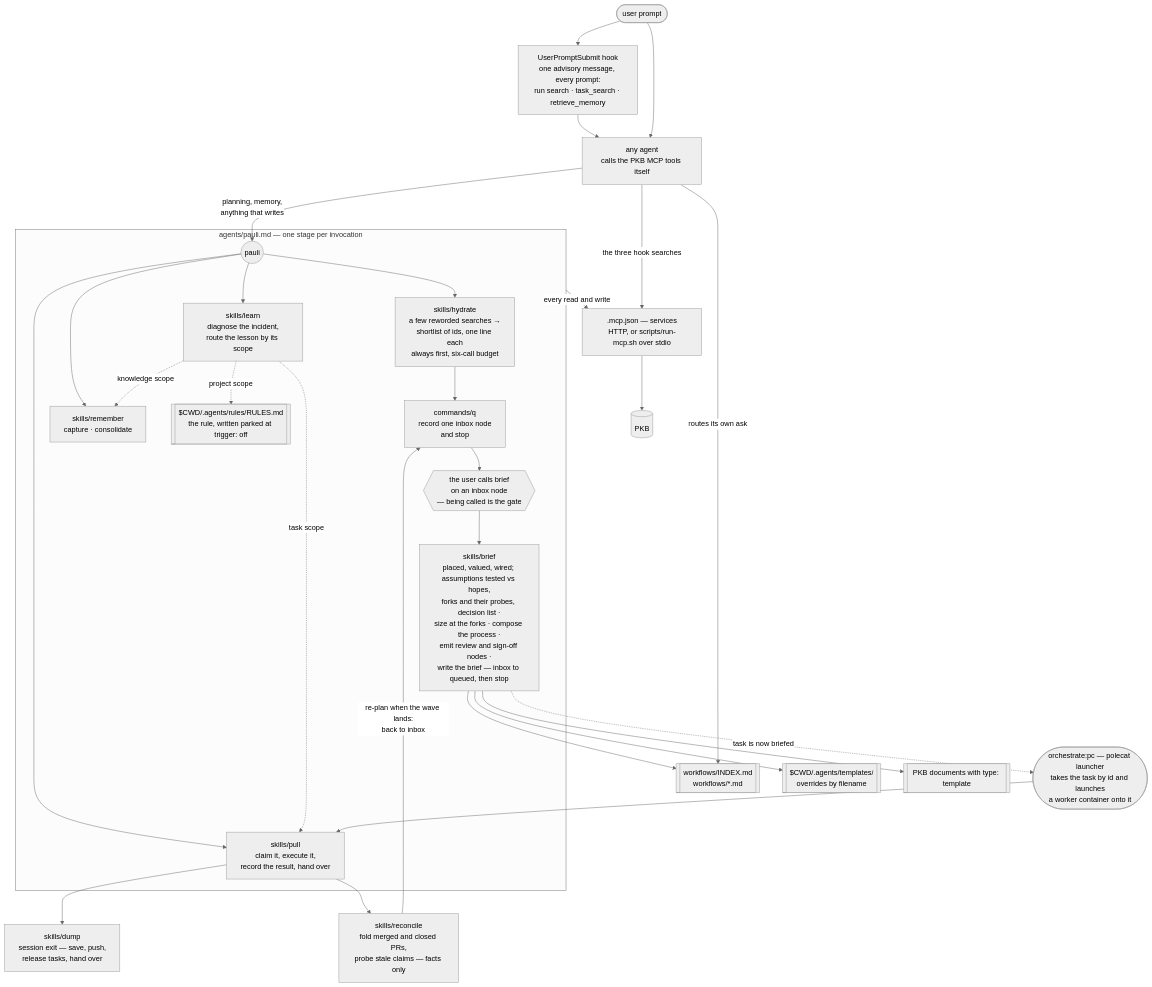
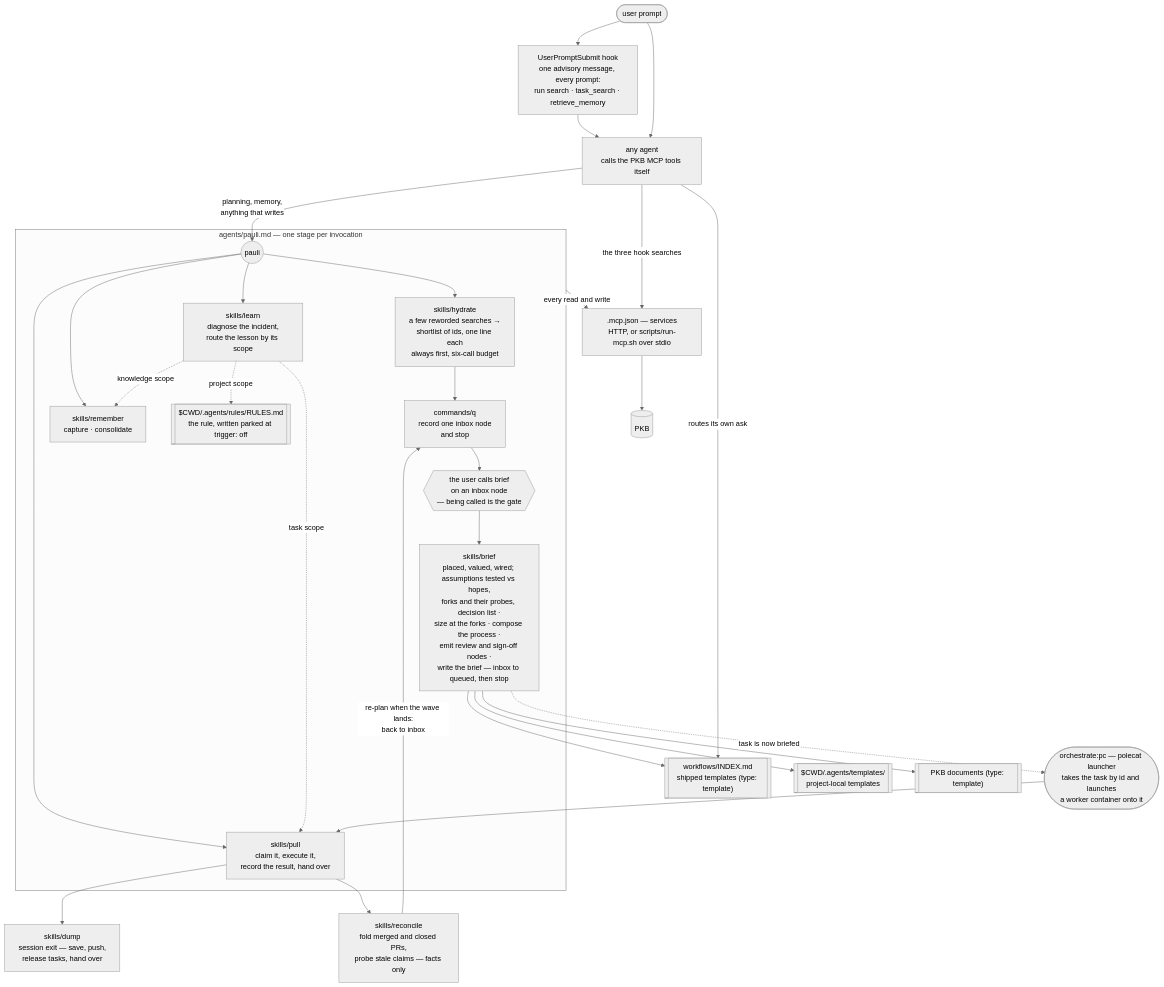
Before and after one commit to nicsuzor/academicOps: the diagram in plugins/pkb/README.md, drawn with Mermaid (neutral theme). The commit also changed other lines of this file and 6 other files, not shown here.

````diff
--- a/plugins/pkb/README.md
+++ b/plugins/pkb/README.md
@@ -8,44 +8,44 @@
 ```mermaid
 flowchart TD
     prompt([user prompt]) --> hook
 
     hook["UserPromptSubmit hook<br/>one advisory message, every prompt:<br/>run search · task_search · retrieve_memory"]
     hook --> agent
     prompt --> agent["any agent<br/>calls the PKB MCP tools itself"]
 
     agent -- "planning, memory,<br/>anything that writes" --> pauli
 
     subgraph pkbwrite["agents/pauli.md — one stage per invocation"]
         pauli(("pauli"))
         pauli --> hydrate["skills/hydrate<br/>a few reworded searches →<br/>shortlist of ids, one line each<br/>always first, six-call budget"]
 
         hydrate --> capture["commands/q<br/>record one inbox node<br/>and stop"]
         capture --> gate{{"the user calls brief<br/>on an inbox node<br/>— being called is the gate"}}
         gate --> brief["skills/brief<br/>placed, valued, wired; assumptions tested vs hopes,<br/>forks and their probes, decision list ·<br/>size at the forks · compose the process ·<br/>emit review and sign-off nodes ·<br/>write the brief — inbox to queued, then stop"]
 
         pauli --> pull["skills/pull<br/>claim it, execute it,<br/>record the result, hand over"]
         pauli --> remember["skills/remember<br/>capture · consolidate"]
         pauli --> learn["skills/learn<br/>diagnose the incident,<br/>route the lesson by its scope"]
 
         learn -. knowledge scope .-> remember
         learn -. project scope .-> rules[["$CWD/.agents/rules/RULES.md<br/>the rule, written parked at trigger: off"]]
         learn -. task scope .-> pull
     end
 
     pull --> dump["skills/dump<br/>session exit — save, push,<br/>release tasks, hand over"]
     pull --> reconcile["skills/reconcile<br/>fold merged and closed PRs,<br/>probe stale claims — facts only"]
     reconcile -- "re-plan when the wave lands:<br/>back to inbox" --> capture
 
-    brief --> library[["workflows/INDEX.md<br/>workflows/*.md"]]
-    brief --> userlayer[["$CWD/.agents/templates/<br/>overrides by filename"]]
-    brief --> wftemplates[["PKB documents with type: template"]]
+    brief --> library[["workflows/INDEX.md<br/>shipped templates (type: template)"]]
+    brief --> userlayer[["$CWD/.agents/templates/<br/>project-local templates"]]
+    brief --> wftemplates[["PKB documents (type: template)"]]
     agent -- "routes its own ask" --> library
 
     pkbwrite -- "every read and write" --> mcp
     agent -- "the three hook searches" --> mcp
 
     mcp[".mcp.json — services<br/>HTTP, or scripts/run-mcp.sh over stdio"] --> pkbstore[(PKB)]
 
     brief -. "task is now briefed" .-> dispatch(["orchestrate:pc — polecat launcher<br/>takes the task by id and launches<br/>a worker container onto it"])
     dispatch --> pull
 ```
````
